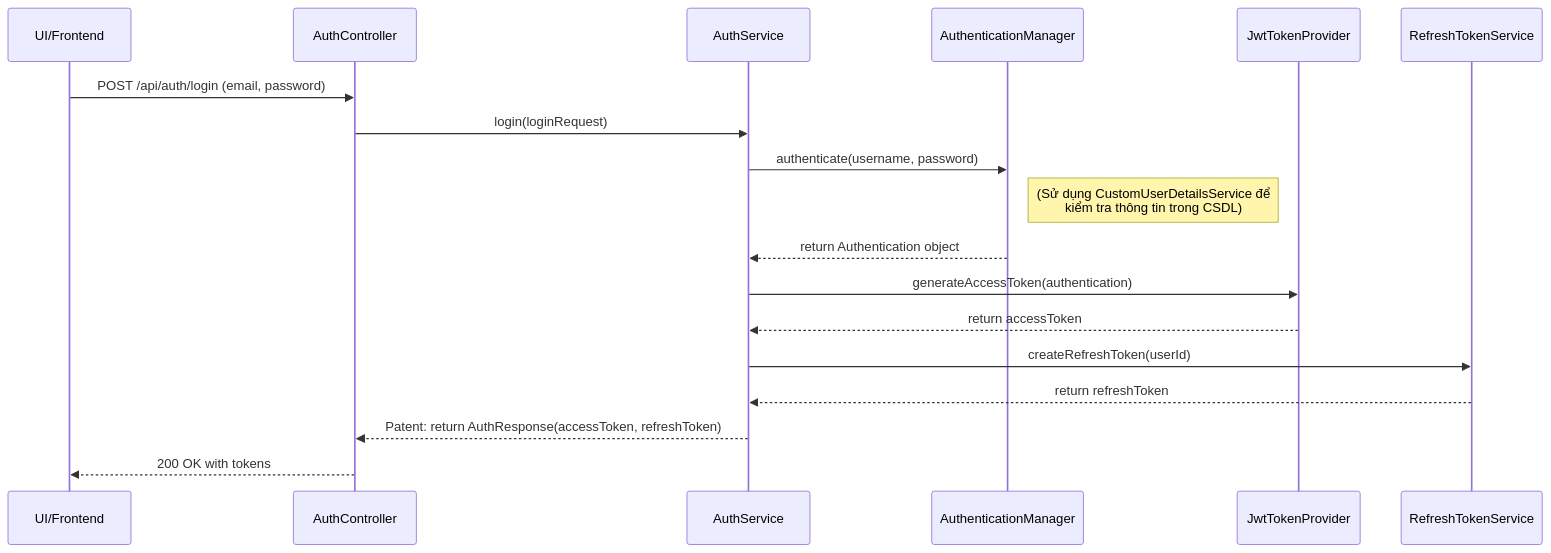
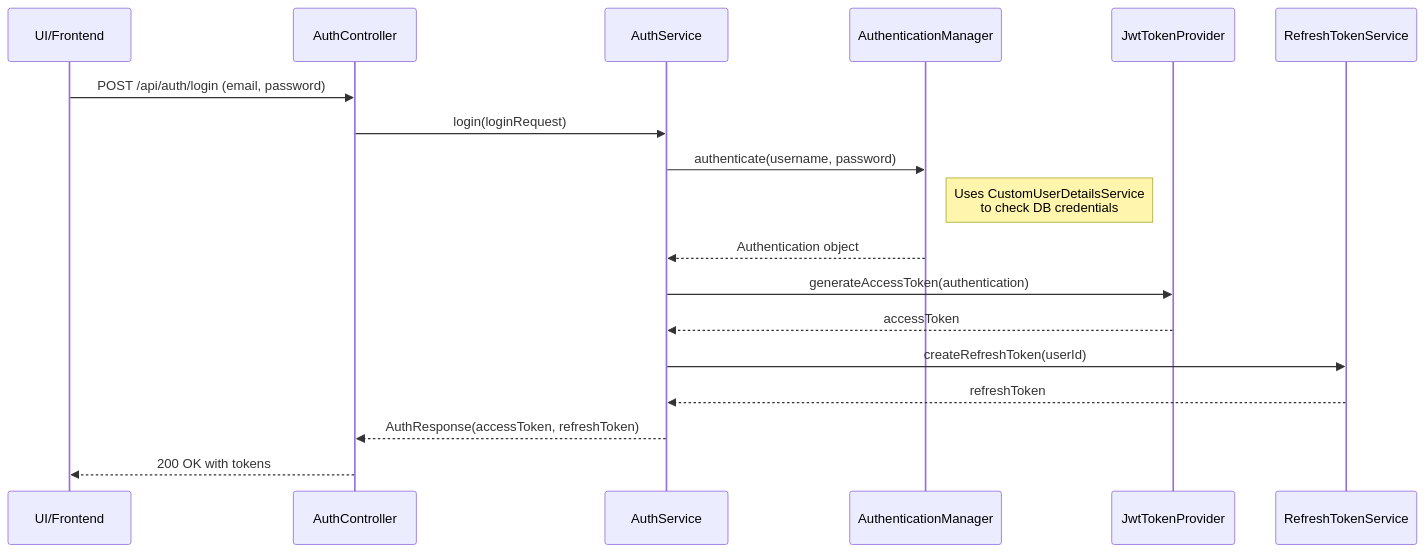
One commit to newtc22222/technical-documents changed the first of 2 diagrams in docs/builders/application-testing.md. Above: the diagram before and after it, drawn with Mermaid. The commit also changed other lines of this file and 14 other files, not shown here.

````diff
--- a/docs/builders/application-testing.md
+++ b/docs/builders/application-testing.md
@@ -78,21 +94,21 @@
 ```mermaid
 sequenceDiagram
     participant Client as UI/Frontend
     participant AuthController
     participant AuthService
     participant AuthenticationManager
     participant JwtTokenProvider
     participant RefreshTokenService
 
     Client->>AuthController: POST /api/auth/login (email, password)
     AuthController->>AuthService: login(loginRequest)
     AuthService->>AuthenticationManager: authenticate(username, password)
-    Note right of AuthenticationManager: (Sử dụng CustomUserDetailsService để<br/>kiểm tra thông tin trong CSDL)
-    AuthenticationManager-->>AuthService: return Authentication object
+    Note right of AuthenticationManager: Uses CustomUserDetailsService<br/>to check DB credentials
+    AuthenticationManager-->>AuthService: Authentication object
     AuthService->>JwtTokenProvider: generateAccessToken(authentication)
-    JwtTokenProvider-->>AuthService: return accessToken
+    JwtTokenProvider-->>AuthService: accessToken
     AuthService->>RefreshTokenService: createRefreshToken(userId)
-    RefreshTokenService-->>AuthService: return refreshToken
-    AuthService-->>AuthController: Patent: return AuthResponse(accessToken, refreshToken)
+    RefreshTokenService-->>AuthService: refreshToken
+    AuthService-->>AuthController: AuthResponse(accessToken, refreshToken)
     AuthController-->>Client: 200 OK with tokens
 ```
````
